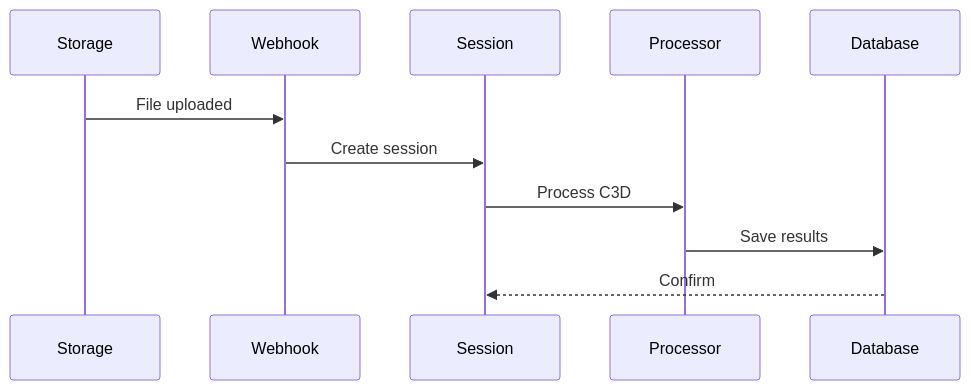
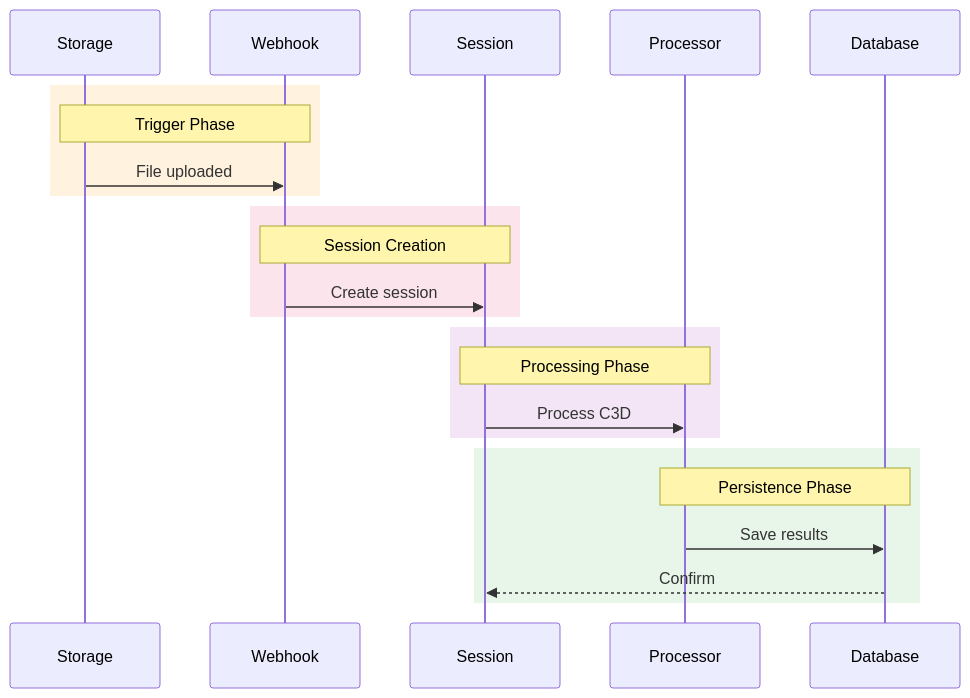
The third of 3 diagrams in docusaurus/docs/architecture/overview.md (ggustin93/emg-c3d-analyzer), drawn with Mermaid before and after one commit. The commit also changed other lines of this file and 11 other files, not shown here.

````diff
--- a/docusaurus/docs/architecture/overview.md
+++ b/docusaurus/docs/architecture/overview.md
@@ -189,8 +269,29 @@
 ```mermaid
 sequenceDiagram
-    Storage->>Webhook: File uploaded
-    Webhook->>Session: Create session
-    Session->>Processor: Process C3D
-    Processor->>Database: Save results
-    Database-->>Session: Confirm
+    participant Storage
+    participant Webhook
+    participant Session
+    participant Processor
+    participant Database
+    
+    rect rgb(255, 243, 224)
+        Note over Storage,Webhook: Trigger Phase
+        Storage->>Webhook: File uploaded
+    end
+    
+    rect rgb(252, 228, 236)
+        Note over Webhook,Session: Session Creation
+        Webhook->>Session: Create session
+    end
+    
+    rect rgb(243, 229, 245)
+        Note over Session,Processor: Processing Phase
+        Session->>Processor: Process C3D
+    end
+    
+    rect rgb(232, 245, 233)
+        Note over Processor,Database: Persistence Phase
+        Processor->>Database: Save results
+        Database-->>Session: Confirm
+    end
 ```
````
